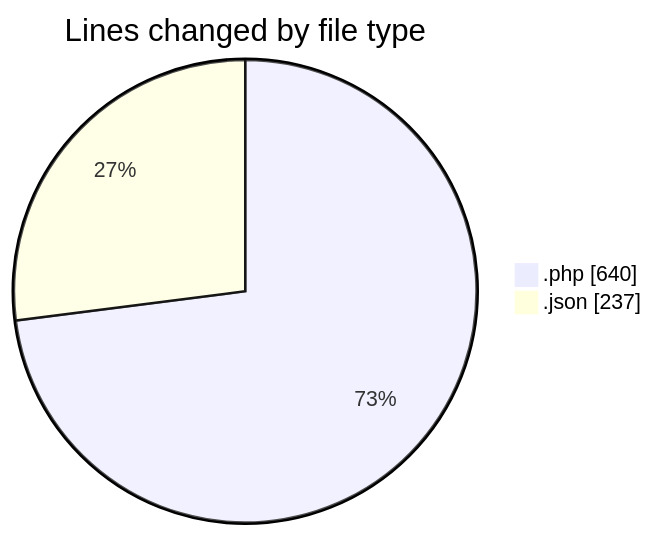
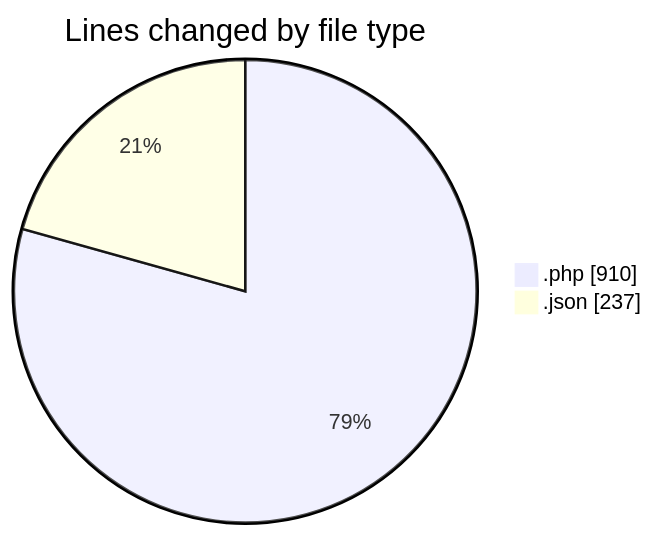
The first of 2 diagrams in 2025-06-13/studio-backend/README.md (idhammustaqopulfikri/code-tracking), drawn with Mermaid before and after one commit. The commit also changed other lines of this file and 1 other file, not shown here.

````diff
--- a/2025-06-13/studio-backend/README.md
+++ b/2025-06-13/studio-backend/README.md
@@ -28,6 +29,6 @@
 ```mermaid
 pie showData
 title Lines changed by file type
-".php" : 640
+".php" : 910
 ".json" : 237
 ```
````
